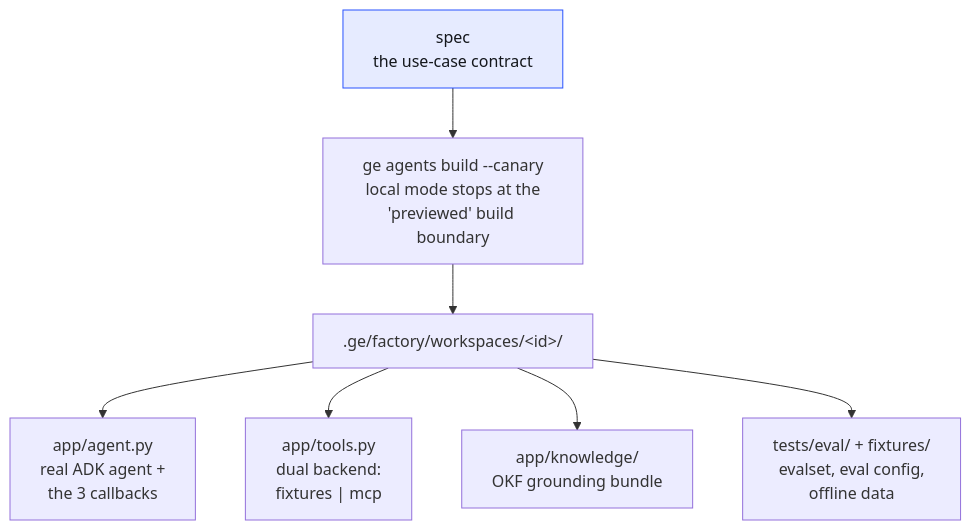
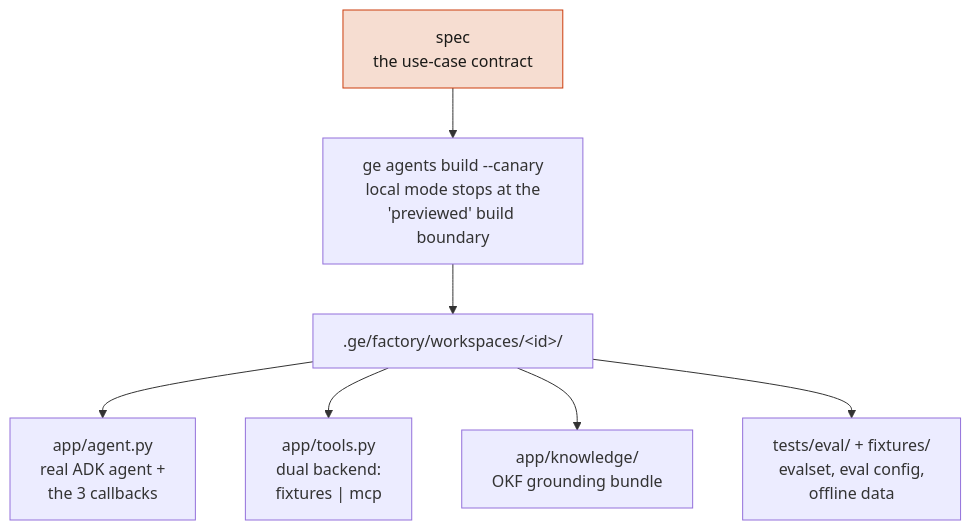
The diagram in docs/diagrams-src/canary-workspace.mmd (vamsiramakrishnan/ge-agent-factory), drawn with Mermaid before and after one commit. The commit also changed 87 other files, not shown here.

```diff
--- a/docs/diagrams-src/canary-workspace.mmd
+++ b/docs/diagrams-src/canary-workspace.mmd
@@ -1,10 +1,10 @@
 flowchart TD
     S["spec\nthe use-case contract"] --> B["ge agents build --canary\nlocal mode stops at the\n'previewed' build boundary"]
     B --> W[".ge/factory/workspaces/&lt;id&gt;/"]
     W --> A["app/agent.py\nreal ADK agent +\nthe 3 callbacks"]
     W --> T["app/tools.py\ndual backend:\nfixtures | mcp"]
     W --> K["app/knowledge/\nOKF grounding bundle"]
     W --> V["tests/eval/ + fixtures/\nevalset, eval config,\noffline data"]
 
-    classDef contract fill:#e6ebff,stroke:#2953ff,color:#14171c
+    classDef contract fill:#f6ddd1,stroke:#cc3d0d,color:#1a1a18
     class S contract
```
